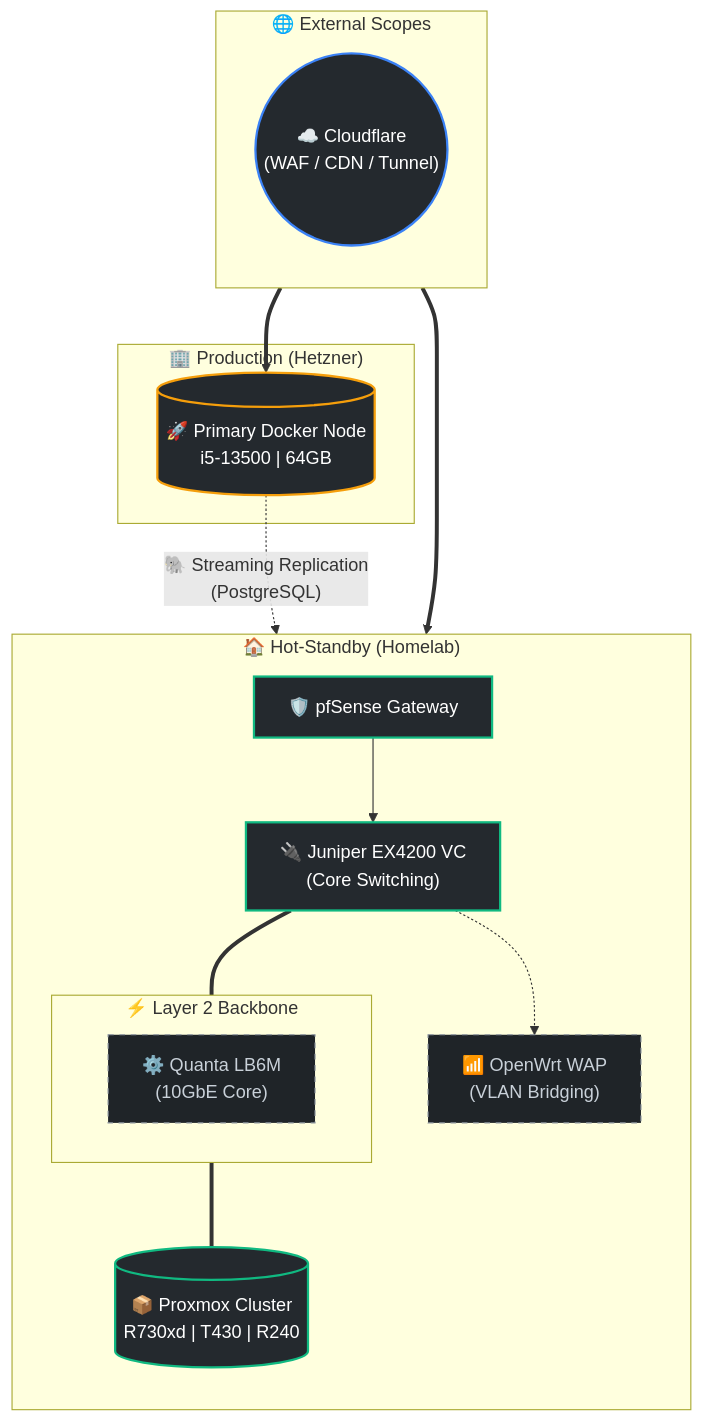
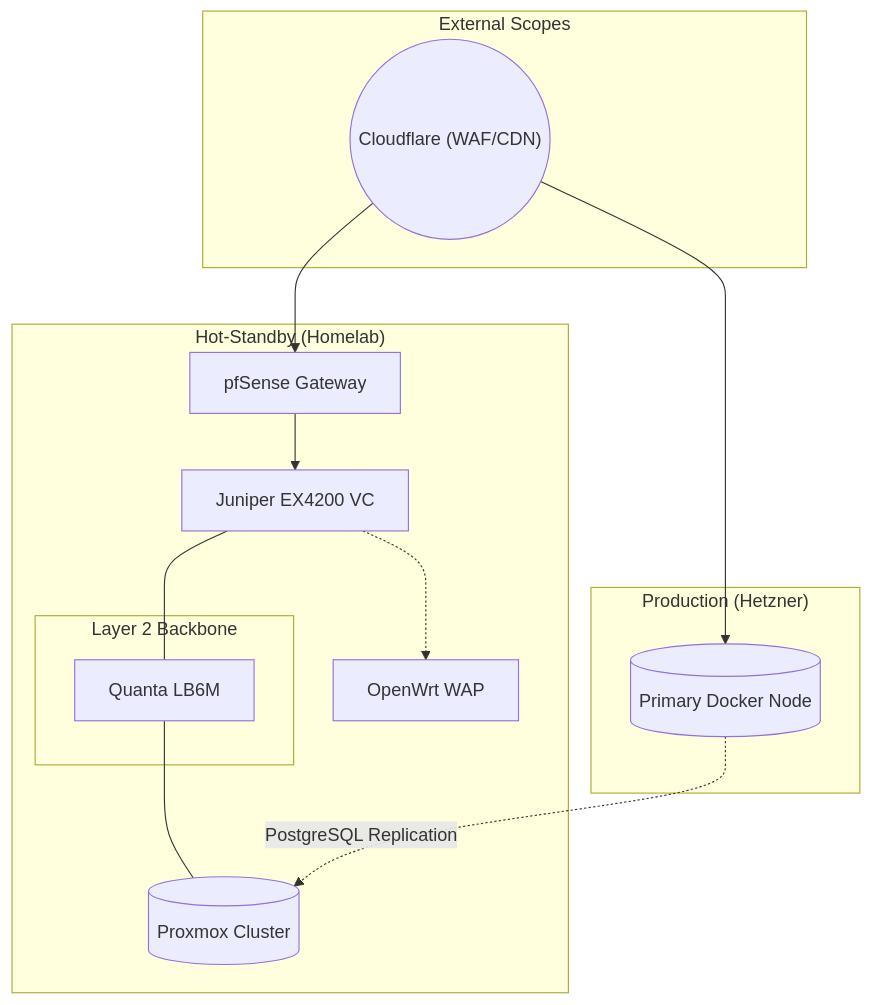
Before and after one commit to Labontese/labontese: the diagram in README.md, drawn with Mermaid.

Commit message:
Simplify Mermaid diagram for maximum compatibility (debug)

````diff
--- a/README.md
+++ b/README.md
@@ -14,45 +14,30 @@
 ```mermaid
 graph TD
-    %% Styling Definitions
-    classDef cloud fill:#24292e,stroke:#3b82f6,stroke-width:2px,color:#fff;
-    classDef hetzner fill:#24292e,stroke:#f59e0b,stroke-width:2px,color:#fff;
-    classDef homelab fill:#24292e,stroke:#10b981,stroke-width:2px,color:#fff;
-    classDef net fill:#1f2428,stroke:#8b949e,stroke-width:1px,color:#c9d1d9,stroke-dasharray: 5 5;
-
-    %% External Scope
-    subgraph EXT ["🌐 External Scopes"]
-        direction TB
-        CF(("☁️ Cloudflare<br/>(WAF / CDN / Tunnel)")):::cloud
+    subgraph EXT ["External Scopes"]
+        CF(("Cloudflare (WAF/CDN)"))
     end
 
-    %% Production Scope
-    subgraph HZ_LOC ["🏢 Production (Hetzner)"]
-        HZ[("🚀 Primary Docker Node<br/>i5-13500 | 64GB")]:::hetzner
+    subgraph HZ_LOC ["Production (Hetzner)"]
+        HZ[("Primary Docker Node")]
     end
 
-    %% Homelab Scope
-    subgraph HL_LOC ["🏠 Hot-Standby (Homelab)"]
-        direction TB
-        PF["🛡️ pfSense Gateway"]:::homelab
-        JN["🔌 Juniper EX4200 VC<br/>(Core Switching)"]:::homelab
+    subgraph HL_LOC ["Hot-Standby (Homelab)"]
+        PF["pfSense Gateway"]
+        JN["Juniper EX4200 VC"]
         
-        subgraph L2 ["⚡ Layer 2 Backbone"]
-            direction LR
-            LB6["⚙️ Quanta LB6M<br/>(10GbE Core)"]:::net
+        subgraph L2 ["Layer 2 Backbone"]
+            LB6["Quanta LB6M"]
         end
         
-        PV[("📦 Proxmox Cluster<br/>R730xd | T430 | R240")]:::homelab
-        OW["📶 OpenWrt WAP<br/>(VLAN Bridging)"]:::net
+        PV[("Proxmox Cluster")]
+        OW["OpenWrt WAP"]
     end
 
-    %% Relationships
-    CF ==> HZ
-    CF ==> PF
+    CF --> HZ
+    CF --> PF
     PF --> JN
-    JN === LB6
-    LB6 === PV
+    JN --- LB6
+    LB6 --- PV
     JN -.-> OW
-    
-    %% Replication Link
-    HZ -. "🐘 Streaming Replication<br/>(PostgreSQL)" .-> PV
+    HZ -. "PostgreSQL Replication" .-> PV
 ```
````
